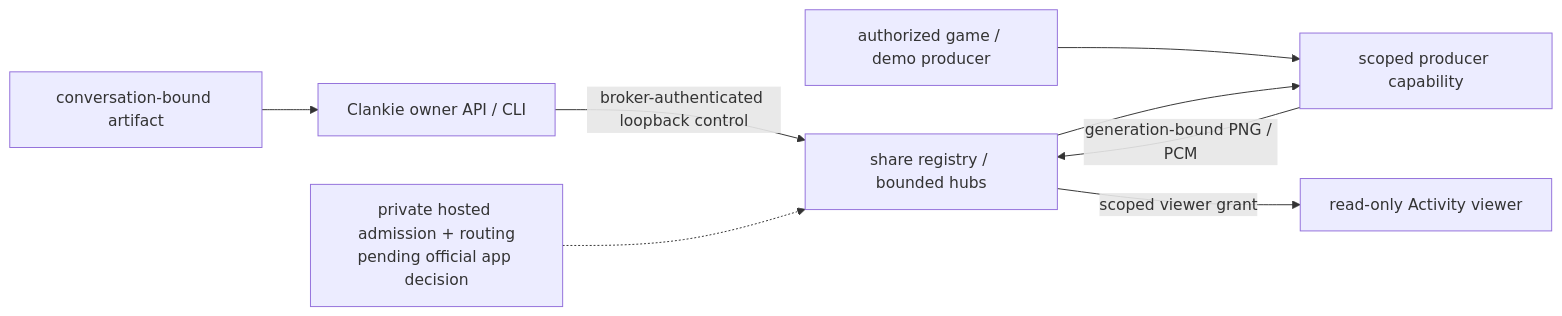
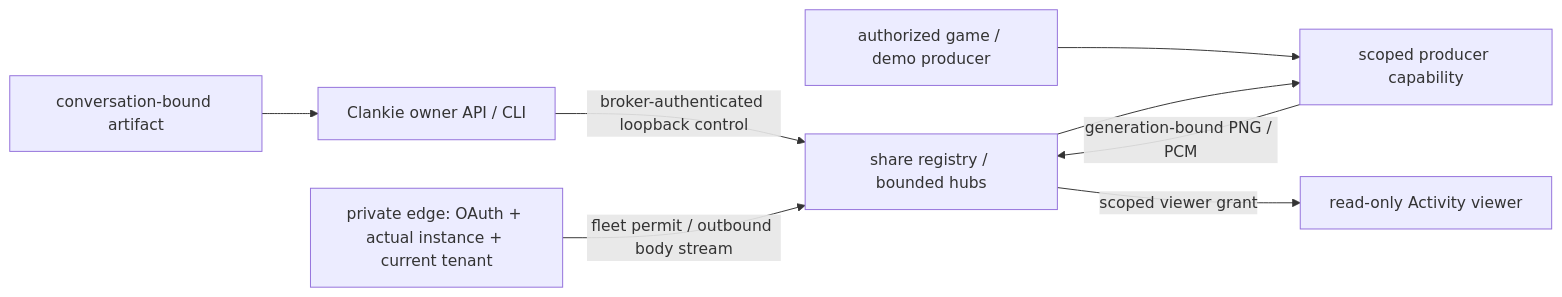
One commit to Volpestyle/clankie changed the diagram in docs/adr/0233-activity-shares-own-their-media-scope.md. Above: the diagram before and after it, drawn with Mermaid. The commit also changed other lines of this file and 50 other files, not shown here.

````diff
--- a/docs/adr/0233-activity-shares-own-their-media-scope.md
+++ b/docs/adr/0233-activity-shares-own-their-media-scope.md
@@ -28,10 +26,10 @@
 ```mermaid
 flowchart LR
   Artifact["conversation-bound artifact"] --> Service["Clankie owner API / CLI"]
   Game["authorized game / demo producer"] --> Publish["scoped producer capability"]
   Service -->|"broker-authenticated loopback control"| Registry["share registry / bounded hubs"]
   Registry --> Publish
   Publish -->|"generation-bound PNG / PCM"| Registry
   Registry -->|"scoped viewer grant"| Viewer["read-only Activity viewer"]
-  Hosted["private hosted admission + routing<br/>pending official app decision"] -.-> Registry
+  Hosted["private edge: OAuth + actual instance + current tenant"] -->|"fleet permit / outbound body stream"| Registry
 ```
````
